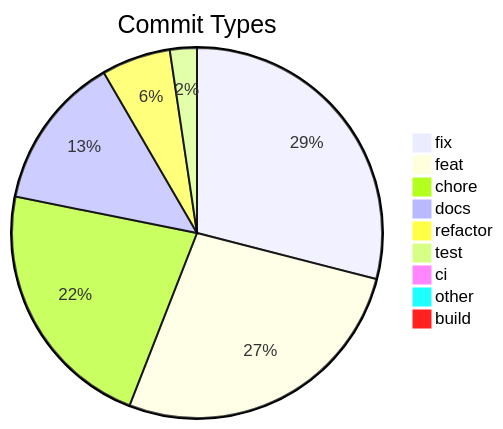
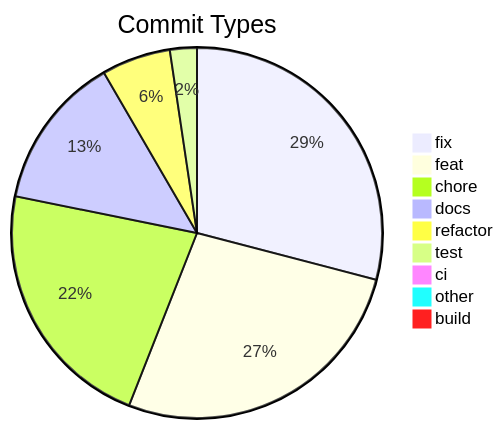
One commit to svenroth-ai/shipwright changed the diagram in .shipwright/compliance/change-history.md. Above: the diagram before and after it, drawn with Mermaid. The commit also changed other lines of this file and 21 other files, not shown here.

````diff
--- a/.shipwright/compliance/change-history.md
+++ b/.shipwright/compliance/change-history.md
@@ -8,12 +8,12 @@
 ```mermaid
 pie title Commit Types
-    "fix" : 308
+    "fix" : 309
     "feat" : 286
     "chore" : 236
     "docs" : 143
     "refactor" : 64
     "test" : 25
     "ci" : 8
     "other" : 7
     "build" : 1
 ```
````
